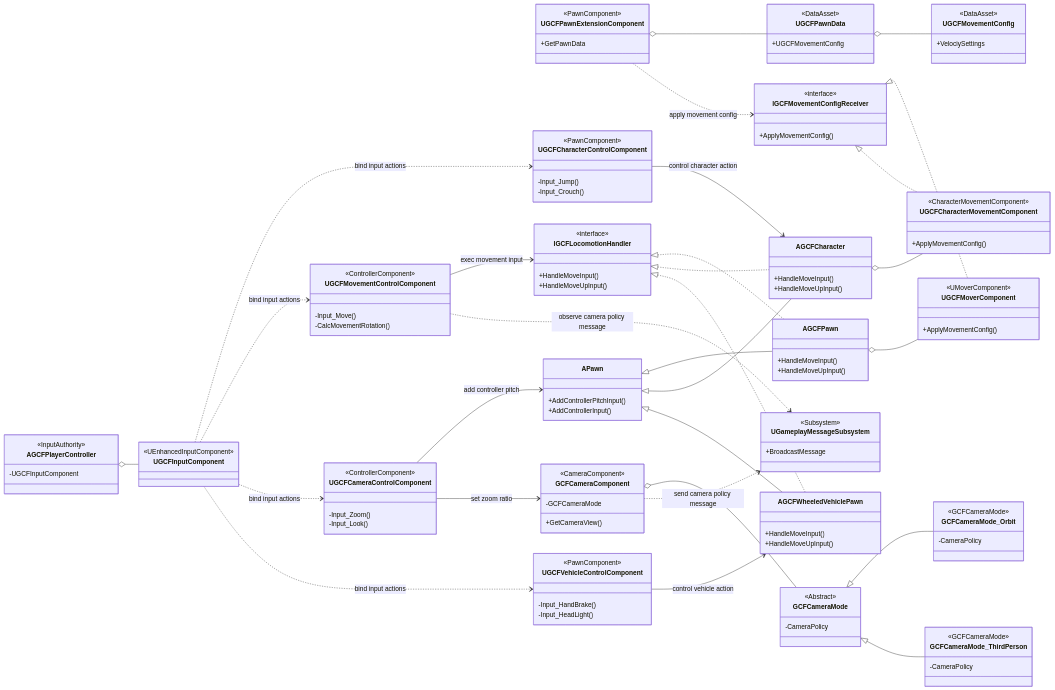
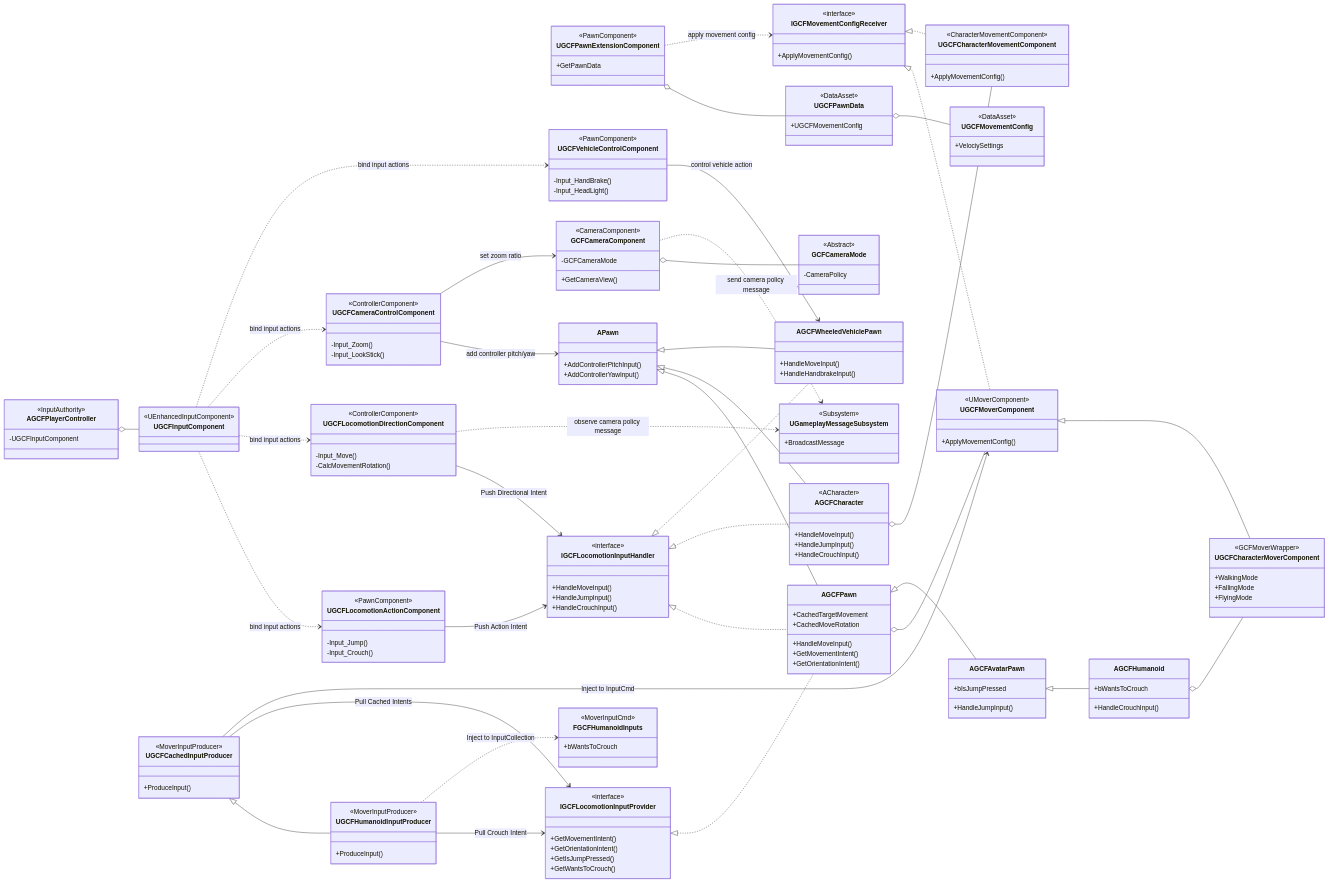
One commit to munimaru62o/GameCoreFramework changed the diagram in Document/Assets/Diagrams/control_system.mmd. Above: the diagram before and after it, drawn with Mermaid. The commit also changed 2 other files, not shown here.

Commit message:
[docs] update control system class diagram

```diff
--- a/Document/Assets/Diagrams/control_system.mmd
+++ b/Document/Assets/Diagrams/control_system.mmd
@@ -21,29 +21,57 @@
         +BroadcastMessage
     }
 
-    %% Actorクラス
-    class AGCFCharacter {
-        +HandleMoveInput()
-        +HandleMoveUpInput()
+    %% Actorクラス (基底)
+    class APawn {
+        +AddControllerPitchInput()
+        +AddControllerYawInput()
     }
     class AGCFWheeledVehiclePawn {
         +HandleMoveInput()
-        +HandleMoveUpInput()
+        +HandleHandbrakeInput()
     }
-    class APawn {
-        +AddControllerPitchInput()
-        +AddControllerInput()
+
+    %% GCF Pawn 3層アーキテクチャ
+    class AGCFPawn {
+        +CachedTargetMovement
+        +CachedMoveRotation
+        +HandleMoveInput()
+        +GetMovementIntent()
+        +GetOrientationIntent()
     }
-    class AGCFPawn {
+    class AGCFAvatarPawn {
+        +bIsJumpPressed
+        +HandleJumpInput()
+    }
+    class AGCFHumanoid {
+        +bWantsToCrouch
+        +HandleCrouchInput()
+    }
+
+    %% 旧来のCharacter (レガシー/比較用)
+    class AGCFCharacter {
+        <<ACharacter>>
         +HandleMoveInput()
-        +HandleMoveUpInput()
+        +HandleJumpInput()
+        +HandleCrouchInput()
     }
-    class IGCFLocomotionHandler {
+
+    %% インターフェース (Push & Pull)
+    class IGCFLocomotionInputHandler {
         <<interface>>
         +HandleMoveInput()
-        +HandleMoveUpInput()
+        +HandleJumpInput()
+        +HandleCrouchInput()
+    }
+    class IGCFLocomotionInputProvider {
+        <<interface>>
+        +GetMovementIntent()
+        +GetOrientationIntent()
+        +GetIsJumpPressed()
+        +GetWantsToCrouch()
     }
 
+    %% Input & Controllerドメイン (魂)
     class AGCFPlayerController {
         <<InputAuthority>>
         -UGCFInputComponent
@@ -51,9 +79,7 @@
     class UGCFInputComponent {
         <<UEnhancedInputComponent>>
     }
-
-    %% Controllerドメインクラス
-    class UGCFMovementControlComponent {
+    class UGCFLocomotionDirectionComponent {
         <<ControllerComponent>>
         -Input_Move()
         -CalcMovementRotation()
@@ -61,11 +87,11 @@
     class UGCFCameraControlComponent {
         <<ControllerComponent>>
         -Input_Zoom()
-        -Input_Look()
+        -Input_LookStick()
     }
 
-    %% Pawnドメインクラス
-    class UGCFCharacterControlComponent {
+    %% Actionドメイン (肉体への命令)
+    class UGCFLocomotionActionComponent {
         <<PawnComponent>>
         -Input_Jump()
         -Input_Crouch()
@@ -75,12 +101,32 @@
         -Input_HandBrake()
         -Input_HeadLight()
     }
-    class UGCFCharacterMovementComponent {
-        <<CharacterMovementComponent>>
-        +ApplyMovementConfig()
+
+    %% シミュレーション & 物理ドメイン (Mover)
+    class UGCFCachedInputProducer {
+        <<MoverInputProducer>>
+        +ProduceInput()
+    }
+    class UGCFHumanoidInputProducer {
+        <<MoverInputProducer>>
+        +ProduceInput()
+    }
+    class FGCFHumanoidInputs {
+        <<MoverInputCmd>>
+        +bWantsToCrouch
     }
     class UGCFMoverComponent {
         <<UMoverComponent>>
+        +ApplyMovementConfig()
+    }
+    class UGCFCharacterMoverComponent {
+        <<GCFMoverWrapper>>
+        +WalkingMode
+        +FallingMode
+        +FlyingMode
+    }
+    class UGCFCharacterMovementComponent {
+        <<CharacterMovementComponent>>
         +ApplyMovementConfig()
     }
     class IGCFMovementConfigReceiver {
@@ -98,48 +144,58 @@
         <<Abstract>>
         -CameraPolicy
     }
-    class GCFCameraMode_Orbit {
-        <<GCFCameraMode>>
-        -CameraPolicy
-    }
-    class GCFCameraMode_ThirdPerson {
-        <<GCFCameraMode>>
-        -CameraPolicy
-    }
 
-
+    %% 構造的関係
     AGCFPlayerController o-- UGCFInputComponent
     UGCFPawnExtensionComponent o-- UGCFPawnData
     UGCFPawnData o-- UGCFMovementConfig
+    
+    %% Moverコンポーネントの保持
+    AGCFPawn o-- UGCFMoverComponent
+    AGCFHumanoid o-- UGCFCharacterMoverComponent
     AGCFCharacter o-- UGCFCharacterMovementComponent
-    AGCFPawn o-- UGCFMoverComponent
     GCFCameraComponent o-- GCFCameraMode
 
-    GCFCameraMode <|-- GCFCameraMode_Orbit
-    GCFCameraMode <|-- GCFCameraMode_ThirdPerson
-
+    %% クラスの継承関係
     APawn <|-- AGCFPawn
+    AGCFPawn <|-- AGCFAvatarPawn
+    AGCFAvatarPawn <|-- AGCFHumanoid
+    
     APawn <|-- AGCFCharacter
     APawn <|-- AGCFWheeledVehiclePawn
 
+    UGCFMoverComponent <|-- UGCFCharacterMoverComponent
+    UGCFCachedInputProducer <|-- UGCFHumanoidInputProducer
+
+    %% インターフェースの実装 (親クラスのみに集約)
     IGCFMovementConfigReceiver <|.. UGCFMoverComponent
     IGCFMovementConfigReceiver <|.. UGCFCharacterMovementComponent
 
-    IGCFLocomotionHandler <|.. AGCFPawn
-    IGCFLocomotionHandler <|.. AGCFCharacter
-    IGCFLocomotionHandler <|.. AGCFWheeledVehiclePawn
+    IGCFLocomotionInputHandler <|.. AGCFPawn
+    IGCFLocomotionInputProvider <|.. AGCFPawn
+    IGCFLocomotionInputHandler <|.. AGCFCharacter
+    IGCFLocomotionInputHandler <|.. AGCFWheeledVehiclePawn
 
-    UGCFMovementControlComponent --> IGCFLocomotionHandler : exec movement input
-    UGCFCameraControlComponent --> APawn : add controller pitch
+    %% バケツリレーのデータフロー (Push -> Cache -> Pull)
+    UGCFLocomotionDirectionComponent --> IGCFLocomotionInputHandler : Push Directional Intent
+    UGCFLocomotionActionComponent --> IGCFLocomotionInputHandler : Push Action Intent
+    
+    UGCFCachedInputProducer --> IGCFLocomotionInputProvider : Pull Cached Intents
+    UGCFHumanoidInputProducer --> IGCFLocomotionInputProvider : Pull Crouch Intent
+    
+    UGCFCachedInputProducer --> UGCFMoverComponent : Inject to InputCmd
+    UGCFHumanoidInputProducer ..> FGCFHumanoidInputs : Inject to InputCollection
+
+    %% その他の制御フロー
+    UGCFCameraControlComponent --> APawn : add controller pitch/yaw
     UGCFCameraControlComponent --> GCFCameraComponent : set zoom ratio
-    UGCFCharacterControlComponent --> AGCFCharacter : control character action
     UGCFVehicleControlComponent --> AGCFWheeledVehiclePawn : control vehicle action
 
     UGCFPawnExtensionComponent ..> IGCFMovementConfigReceiver : apply movement config
     GCFCameraComponent ..> UGameplayMessageSubsystem : send camera policy message
-    UGCFMovementControlComponent ..> UGameplayMessageSubsystem : observe camera policy message
+    UGCFLocomotionDirectionComponent ..> UGameplayMessageSubsystem : observe camera policy message
     
-    UGCFInputComponent ..> UGCFCharacterControlComponent : bind input actions
-    UGCFInputComponent ..> UGCFMovementControlComponent : bind input actions
+    UGCFInputComponent ..> UGCFLocomotionActionComponent : bind input actions
+    UGCFInputComponent ..> UGCFLocomotionDirectionComponent : bind input actions
     UGCFInputComponent ..> UGCFCameraControlComponent : bind input actions
     UGCFInputComponent ..> UGCFVehicleControlComponent : bind input actions
```
